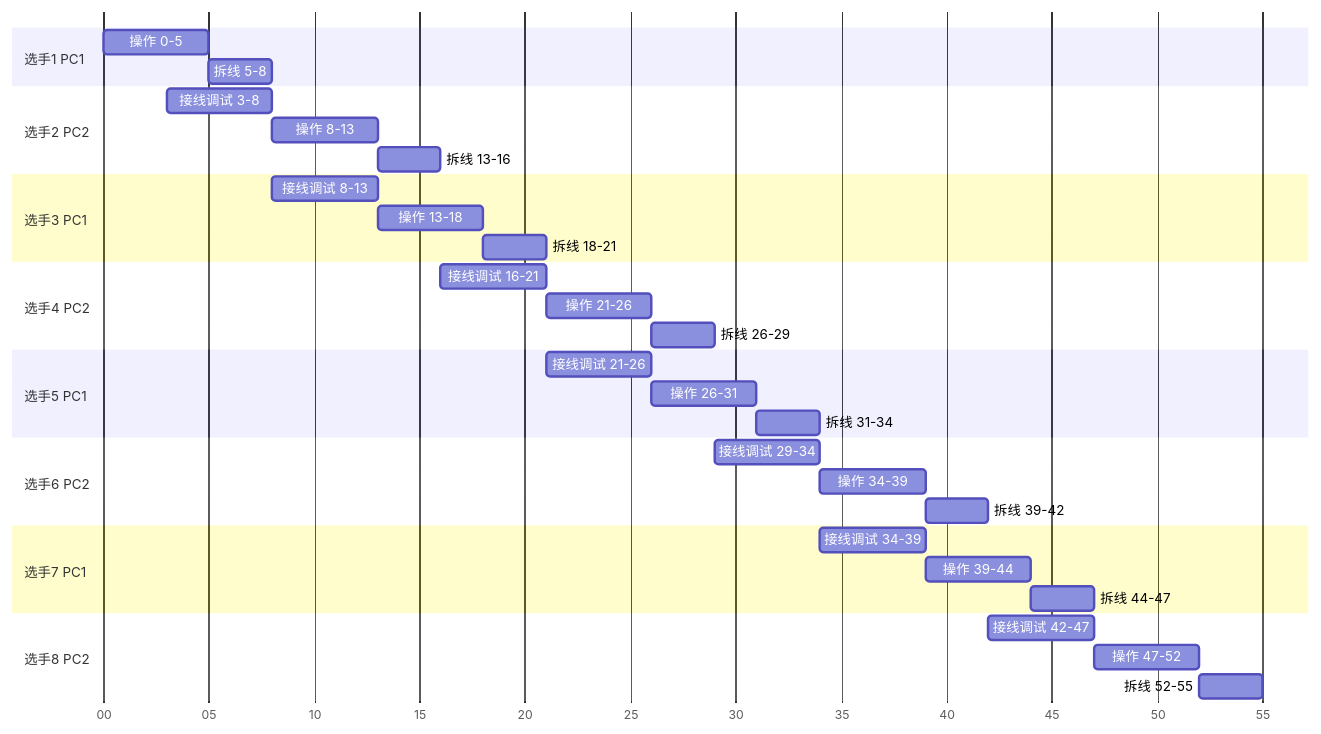
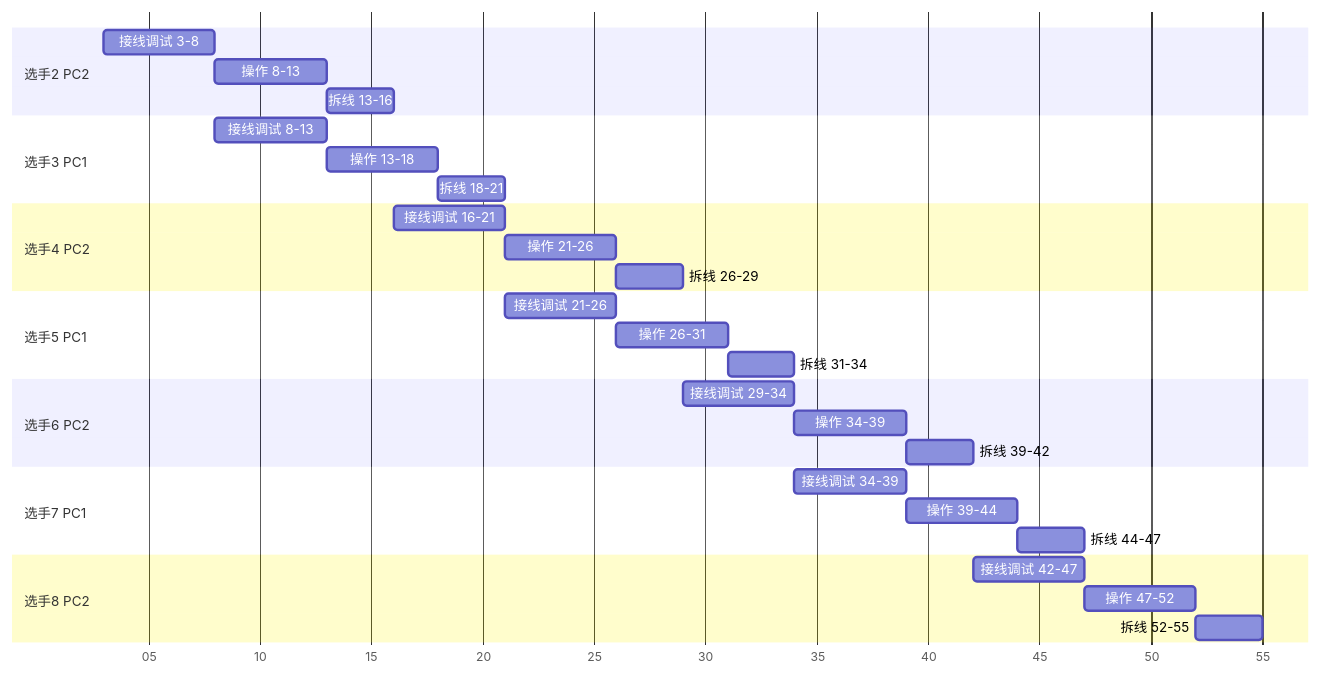
One commit to hezengyu/iodraw-files changed the diagram in all/未命名.md. Above: the diagram before and after it, drawn with Mermaid.

Commit message:
2026-10-31 13:59:05 update

````diff
--- a/all/未命名.md
+++ b/all/未命名.md
@@ -1,47 +1,45 @@
 ```mermaid
 gantt
     dateFormat HH:mm
     axisFormat %M
     tickInterval 5m
     todayMarker off
 
-    section 选手1 PC1
-    操作 0-5          :s1a, 00:00, 5m 
-    拆线 5-8          :s1b, 00:05, 3m
+ section 选手1 PC1    操作0-5:s1a,00:00,5m｜拆线5-8:s1b,00:05,3m
 
     section 选手2 PC2
     接线调试 3-8      :s2a, 00:03, 5m
     操作 8-13         :s2b, 00:08, 5m
     拆线 13-16        :s2c, 00:13, 3m
 
     section 选手3 PC1
     接线调试 8-13     :s3a, 00:08, 5m
     操作 13-18        :s3b, 00:13, 5m
     拆线 18-21        :s3c, 00:18, 3m
 
     section 选手4 PC2
     接线调试 16-21    :s4a, 00:16, 5m
     操作 21-26        :s4b, 00:21, 5m
     拆线 26-29        :s4c, 00:26, 3m
 
     section 选手5 PC1
     接线调试 21-26    :s5a, 00:21, 5m
     操作 26-31        :s5b, 00:26, 5m
     拆线 31-34        :s5c, 00:31, 3m
 
     section 选手6 PC2
     接线调试 29-34    :s6a, 00:29, 5m
     操作 34-39        :s6b, 00:34, 5m
     拆线 39-42        :s6c, 00:39, 3m
 
     section 选手7 PC1
     接线调试 34-39    :s7a, 00:34, 5m
     操作 39-44        :s7b, 00:39, 5m
     拆线 44-47        :s7c, 00:44, 3m
 
     section 选手8 PC2
     接线调试 42-47    :s8a, 00:42, 5m
     操作 47-52        :s8b, 00:47, 5m
     拆线 52-55        :s8c, 00:52, 3m
 
 ```
````
